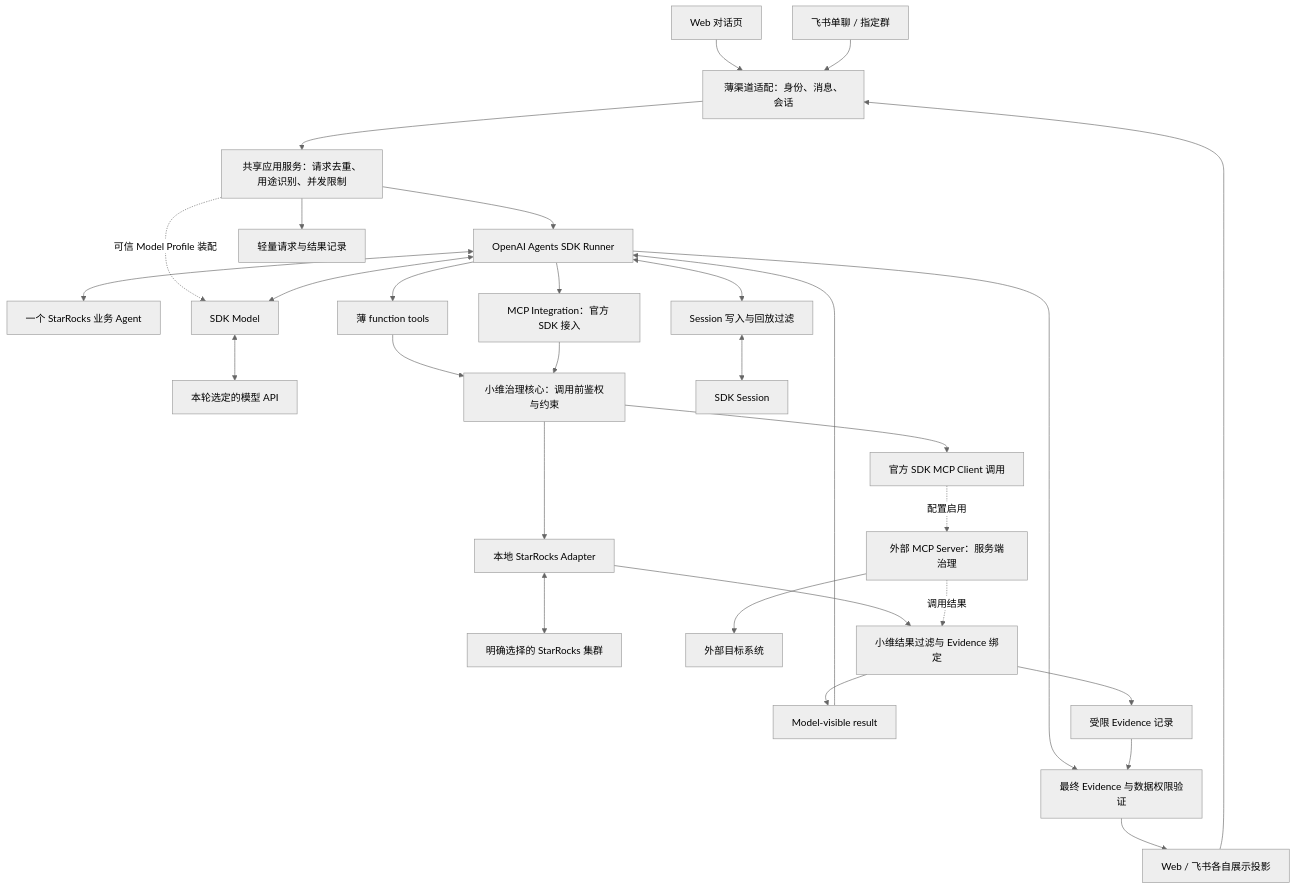
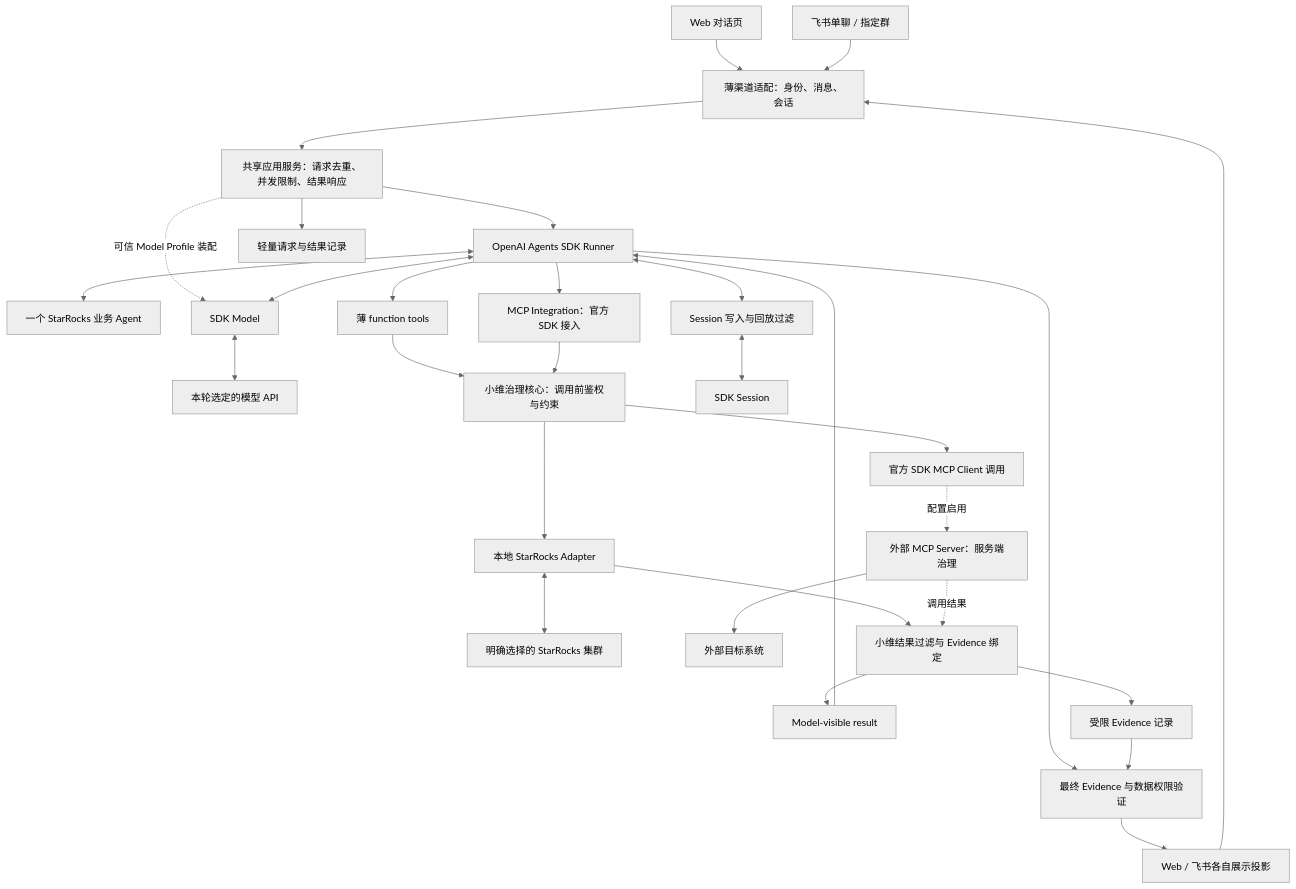
Before and after one commit to shixian66/xiaowei-agent-sdk: the diagram in ARCHITECTURE.md, drawn with Mermaid (neutral theme). The commit also changed other lines of this file and 6 other files, not shown here.

````diff
--- a/ARCHITECTURE.md
+++ b/ARCHITECTURE.md
@@ -54,32 +54,32 @@
 ```mermaid
 flowchart TD
     W[Web 对话页] --> C[薄渠道适配：身份、消息、会话]
     F[飞书单聊 / 指定群] --> C
-    C --> A[共享应用服务：请求去重、用途识别、并发限制]
+    C --> A[共享应用服务：请求去重、并发限制、结果响应]
     A --> R[OpenAI Agents SDK Runner]
     R <--> G[一个 StarRocks 业务 Agent]
     A -. 可信 Model Profile 装配 .-> MP[SDK Model]
     R <--> MP
     MP <--> API[本轮选定的模型 API]
     R --> T[薄 function tools]
     R --> I[MCP Integration：官方 SDK 接入]
     T --> B[小维治理核心：调用前鉴权与约束]
     I --> B
     B --> D[本地 StarRocks Adapter]
     D <--> DB[明确选择的 StarRocks 集群]
     B --> MC[官方 SDK MCP Client 调用]
     MC -. 配置启用 .-> MS[外部 MCP Server：服务端治理]
     MS --> X[外部目标系统]
     D --> P1[小维结果过滤与 Evidence 绑定]
     MS -. 调用结果 .-> P1
     P1 --> M[Model-visible result]
     M --> R
     P1 --> E[受限 Evidence 记录]
     R <--> H[Session 写入与回放过滤]
     H <--> S[SDK Session]
     A --> P[轻量请求与结果记录]
     R --> V[最终 Evidence 与数据权限验证]
     E --> V
     V --> O[Web / 飞书各自展示投影]
     O --> C
 ```
````
